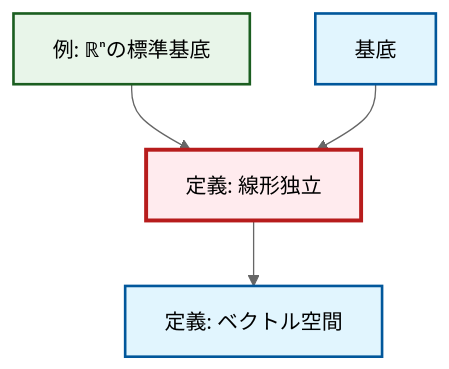
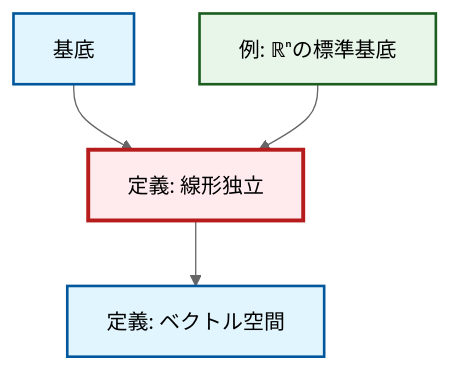
One commit to RK0429/ModernMath changed the diagram in content/ja/algebra/def-linear-independence.qmd. Above: the diagram before and after it, drawn with Mermaid (neutral theme). The commit also changed other lines of this file and 328 other files, not shown here.

````diff
--- a/content/ja/algebra/def-linear-independence.qmd
+++ b/content/ja/algebra/def-linear-independence.qmd
@@ -46,20 +46,20 @@
 ```{mermaid}
 %%| fig-cap: "ローカル依存関係グラフ"
 graph TD
     classDef definition fill:#e1f5fe,stroke:#01579b,stroke-width:2px
     classDef theorem fill:#f3e5f5,stroke:#4a148c,stroke-width:2px
     classDef axiom fill:#fff3e0,stroke:#e65100,stroke-width:2px
     classDef example fill:#e8f5e9,stroke:#1b5e20,stroke-width:2px
     classDef current fill:#ffebee,stroke:#b71c1c,stroke-width:3px
+    def-linear-independence["定義: 線形独立"]:::definition
     ex-standard-basis-rn["例: ℝⁿの標準基底"]:::example
-    def-linear-independence["定義: 線形独立"]:::definition
+    def-basis["基底"]:::definition
     def-vector-space["定義: ベクトル空間"]:::definition
-    def-basis["基底"]:::definition
+    def-basis --> def-linear-independence
     ex-standard-basis-rn --> def-linear-independence
-    def-basis --> def-linear-independence
     def-linear-independence --> def-vector-space
     class def-linear-independence current
     click ex-standard-basis-rn "ex-standard-basis-rn.html" "ℝⁿの標準基底の例へ"
+    click def-basis "def-basis.html" "基底へ"
     click def-vector-space "def-vector-space.html" "ベクトル空間の定義へ"
-    click def-basis "def-basis.html" "基底へ"
 ```
````
